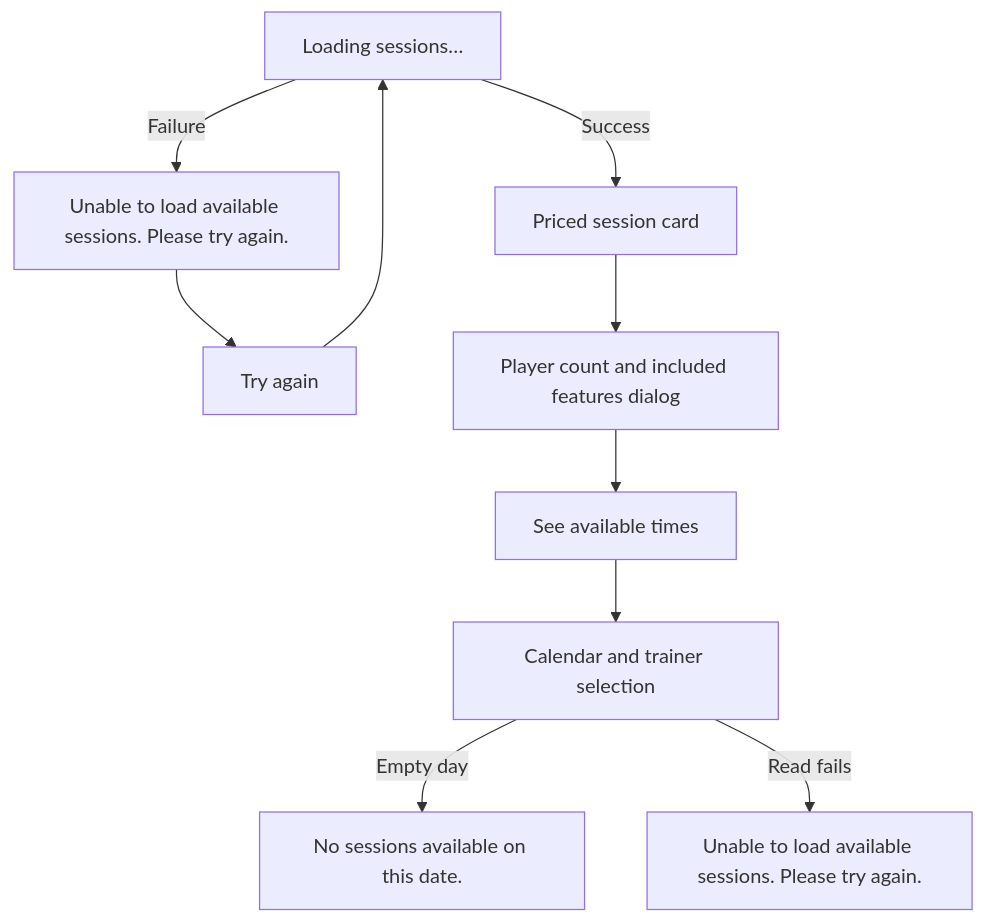
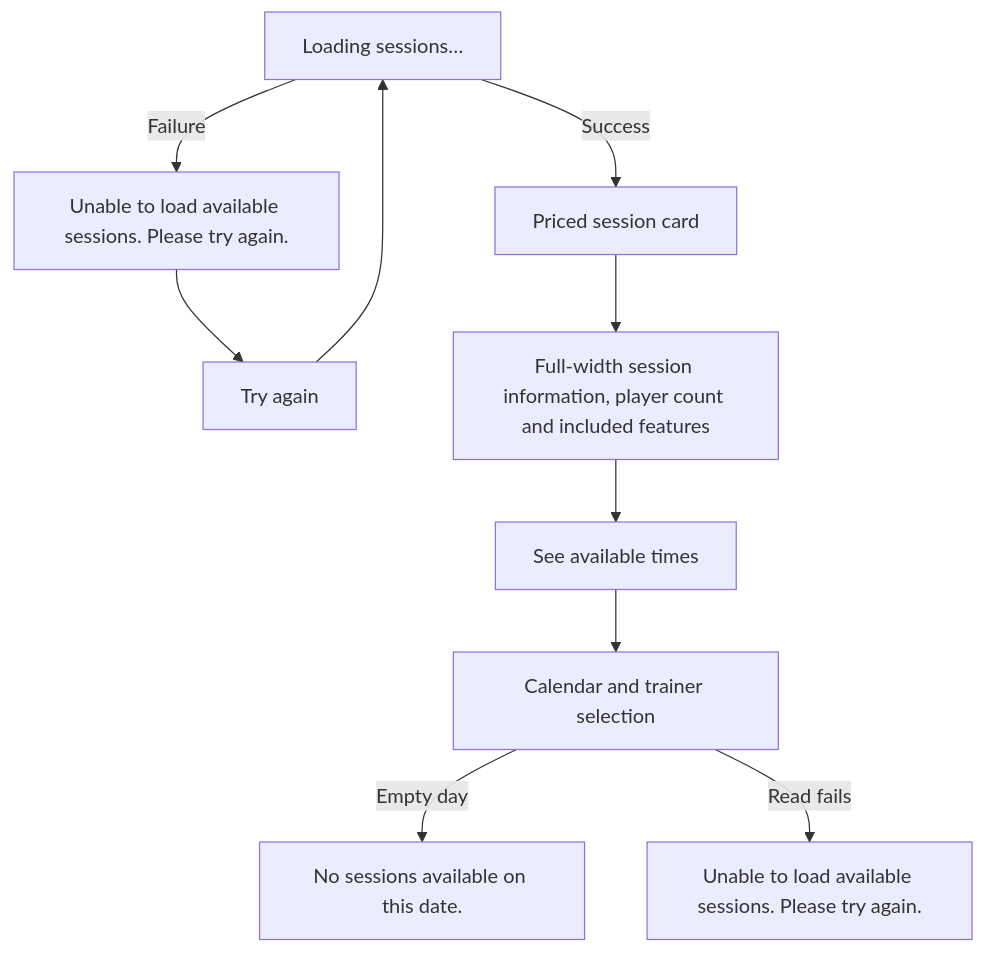
Before and after one commit to soccerbotstudiosg/soccerbotstudioSG: the fourth of 19 diagrams in docs/booking-flows.md, drawn with Mermaid. The commit also changed other lines of this file and 42 other files, not shown here.

````diff
--- a/docs/booking-flows.md
+++ b/docs/booking-flows.md
@@ -49,11 +49,11 @@
 ```mermaid
 flowchart TD
   A["Loading sessions…"] -->|Failure| B["Unable to load available sessions. Please try again."]
   B --> C["Try again"] --> A
   A -->|Success| D["Priced session card"]
-  D --> E["Player count and included features dialog"]
+  D --> E["Full-width session information, player count and included features"]
   E --> F["See available times"]
   F --> G["Calendar and trainer selection"]
   G -->|Empty day| H["No sessions available on this date."]
   G -->|Read fails| I["Unable to load available sessions. Please try again."]
 ```
````
